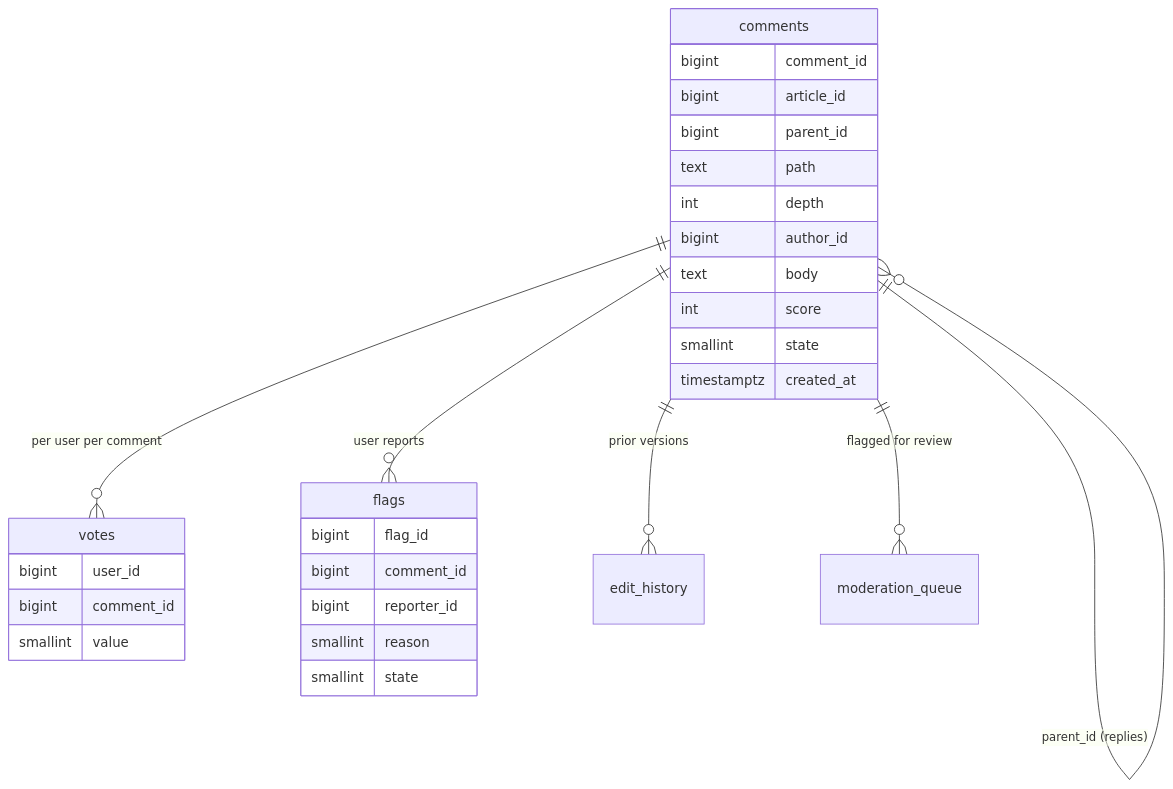
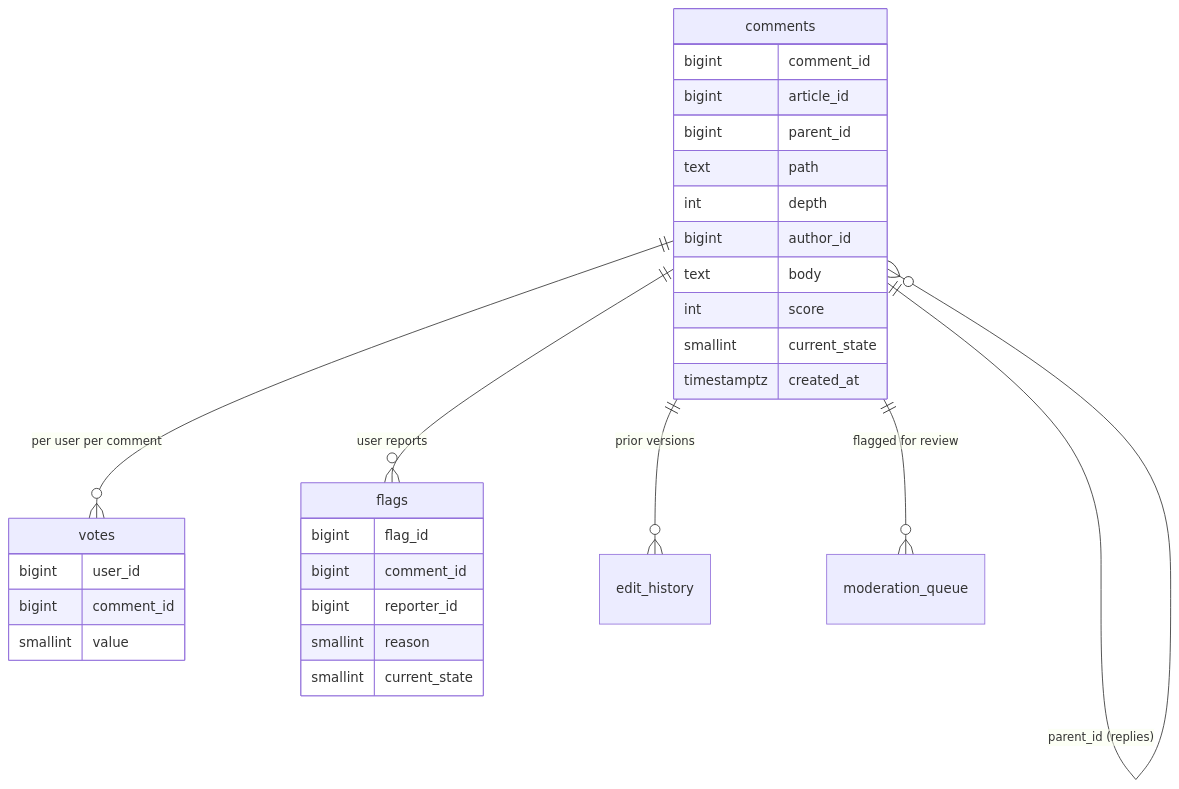
Diagram 11 of 15 in _practice/system-design/015-comment-system.md (shiningflash/shiningflash.github.io), drawn with Mermaid before and after one commit. The commit also changed 4 other files, not shown here.

````diff
--- a/_practice/system-design/015-comment-system.md
+++ b/_practice/system-design/015-comment-system.md
@@ -612,33 +612,33 @@
 ```mermaid
 erDiagram
     comments ||--o{ comments : "parent_id (replies)"
     comments ||--o{ votes : "per user per comment"
     comments ||--o{ flags : "user reports"
     comments ||--o{ edit_history : "prior versions"
     comments ||--o{ moderation_queue : "flagged for review"
 
     comments {
         bigint comment_id
         bigint article_id
         bigint parent_id
         text path
         int depth
         bigint author_id
         text body
         int score
-        smallint state
+        smallint current_state
         timestamptz created_at
     }
     votes {
         bigint user_id
         bigint comment_id
         smallint value
     }
     flags {
         bigint flag_id
         bigint comment_id
         bigint reporter_id
         smallint reason
-        smallint state
+        smallint current_state
     }
 ```
````
